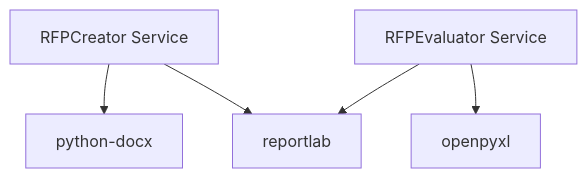
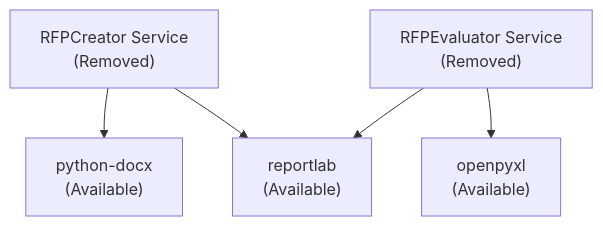
One commit to alexandreybasta-cyber/dubai-media-ai changed the third of 3 diagrams in .qoder/repowiki/en/content/Document Generation System/Document Export System.md. Above: the diagram before and after it, drawn with Mermaid. The commit also changed other lines of this file and 23 other files, not shown here.

````diff
--- a/.qoder/repowiki/en/content/Document Generation System/Document Export System.md
+++ b/.qoder/repowiki/en/content/Document Generation System/Document Export System.md
@@ -291,7 +169,7 @@
 ```mermaid
 graph TB
-RFPCreator["RFPCreator Service"] --> PythonDocx["python-docx"]
-RFPCreator --> ReportLab["reportlab"]
-RFPEvaluator["RFPEvaluator Service"] --> ReportLab
-RFPEvaluator --> Openpyxl["openpyxl"]
+RFPCreator["RFPCreator Service<br/>(Removed)"] --> PythonDocx["python-docx<br/>(Available)"]
+RFPCreator --> ReportLab["reportlab<br/>(Available)"]
+RFPEvaluator["RFPEvaluator Service<br/>(Removed)"] --> ReportLab
+RFPEvaluator --> Openpyxl["openpyxl<br/>(Available)"]
 ```
````
